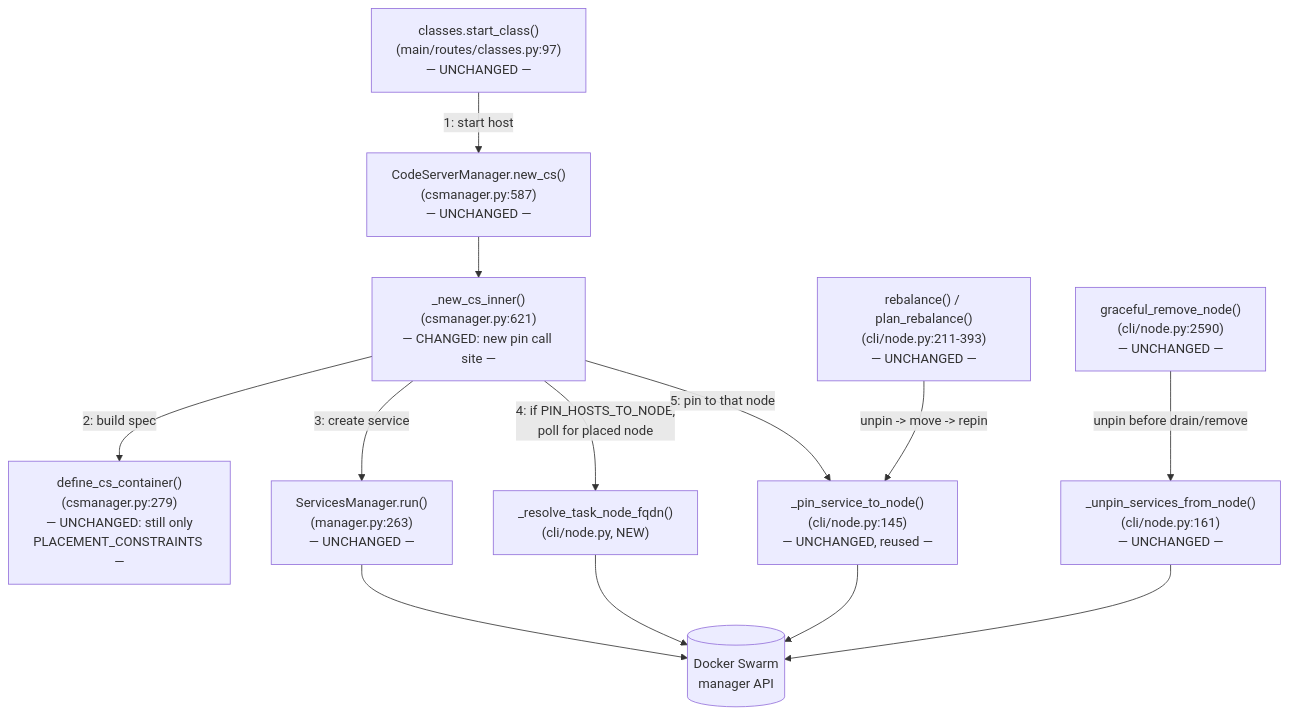
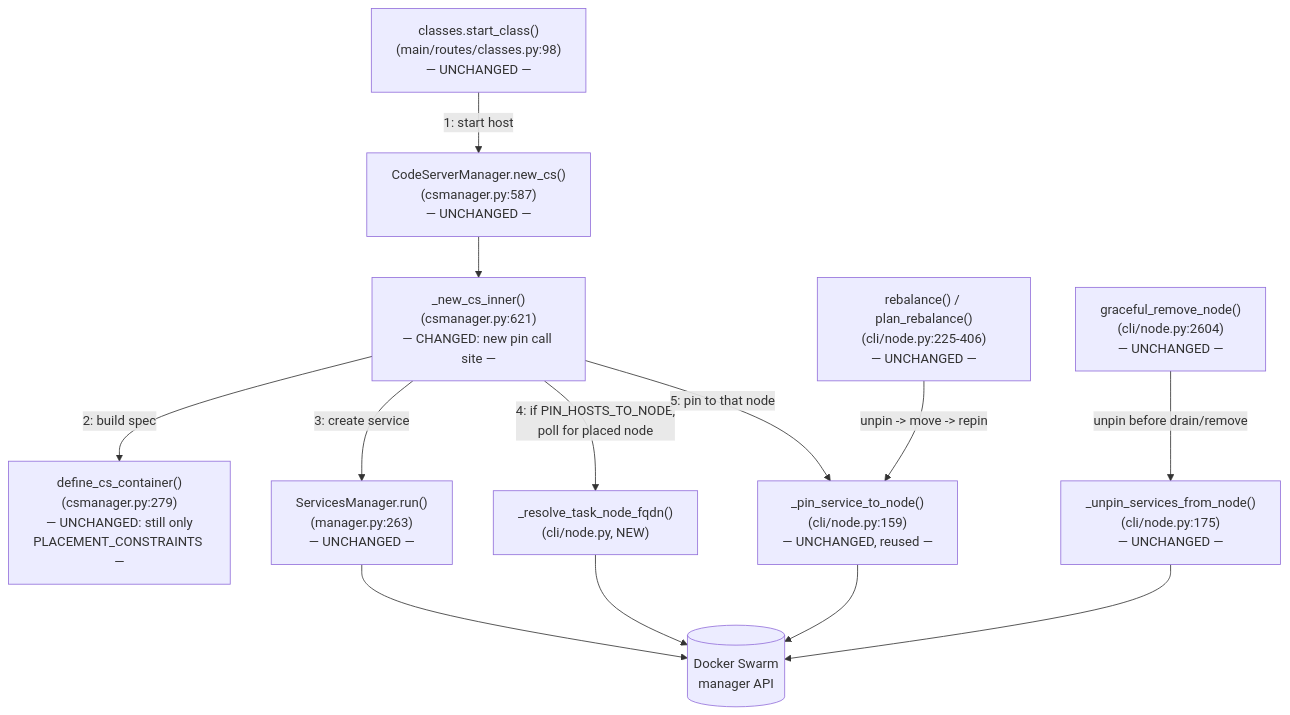
One commit to league-infrastructure/code-server-spawner changed the first of 2 diagrams in clasi/sprints/014-pin-codehosts-to-their-node-so-swarm-never-migrates-them/architecture-update.md. Above: the diagram before and after it, drawn with Mermaid. The commit also changed other lines of this file and 8 other files, not shown here.

````diff
--- a/clasi/sprints/014-pin-codehosts-to-their-node-so-swarm-never-migrates-them/architecture-update.md
+++ b/clasi/sprints/014-pin-codehosts-to-their-node-so-swarm-never-migrates-them/architecture-update.md
@@ -138,22 +141,22 @@
 ```mermaid
 graph TD
-    Route["classes.start_class()\n(main/routes/classes.py:97)\n— UNCHANGED —"]
+    Route["classes.start_class()\n(main/routes/classes.py:98)\n— UNCHANGED —"]
     NewCS["CodeServerManager.new_cs()\n(csmanager.py:587)\n— UNCHANGED —"]
     Inner["_new_cs_inner()\n(csmanager.py:621)\n— CHANGED: new pin call site —"]
     DefineC["define_cs_container()\n(csmanager.py:279)\n— UNCHANGED: still only\nPLACEMENT_CONSTRAINTS —"]
     Run["ServicesManager.run()\n(manager.py:263)\n— UNCHANGED —"]
     Resolve["_resolve_task_node_fqdn()\n(cli/node.py, NEW)"]
-    Pin["_pin_service_to_node()\n(cli/node.py:145)\n— UNCHANGED, reused —"]
-    Unpin["_unpin_services_from_node()\n(cli/node.py:161)\n— UNCHANGED —"]
-    Drain["graceful_remove_node()\n(cli/node.py:2590)\n— UNCHANGED —"]
-    Rebal["rebalance() / plan_rebalance()\n(cli/node.py:211-393)\n— UNCHANGED —"]
+    Pin["_pin_service_to_node()\n(cli/node.py:159)\n— UNCHANGED, reused —"]
+    Unpin["_unpin_services_from_node()\n(cli/node.py:175)\n— UNCHANGED —"]
+    Drain["graceful_remove_node()\n(cli/node.py:2604)\n— UNCHANGED —"]
+    Rebal["rebalance() / plan_rebalance()\n(cli/node.py:225-406)\n— UNCHANGED —"]
     Swarm[("Docker Swarm\nmanager API")]
 
     Route -->|"1: start host"| NewCS --> Inner
     Inner -->|"2: build spec"| DefineC
     Inner -->|"3: create service"| Run --> Swarm
     Inner -->|"4: if PIN_HOSTS_TO_NODE,\npoll for placed node"| Resolve --> Swarm
     Inner -->|"5: pin to that node"| Pin --> Swarm
     Drain -->|"unpin before drain/remove"| Unpin --> Swarm
     Rebal -->|"unpin -> move -> repin"| Pin
 ```
````
